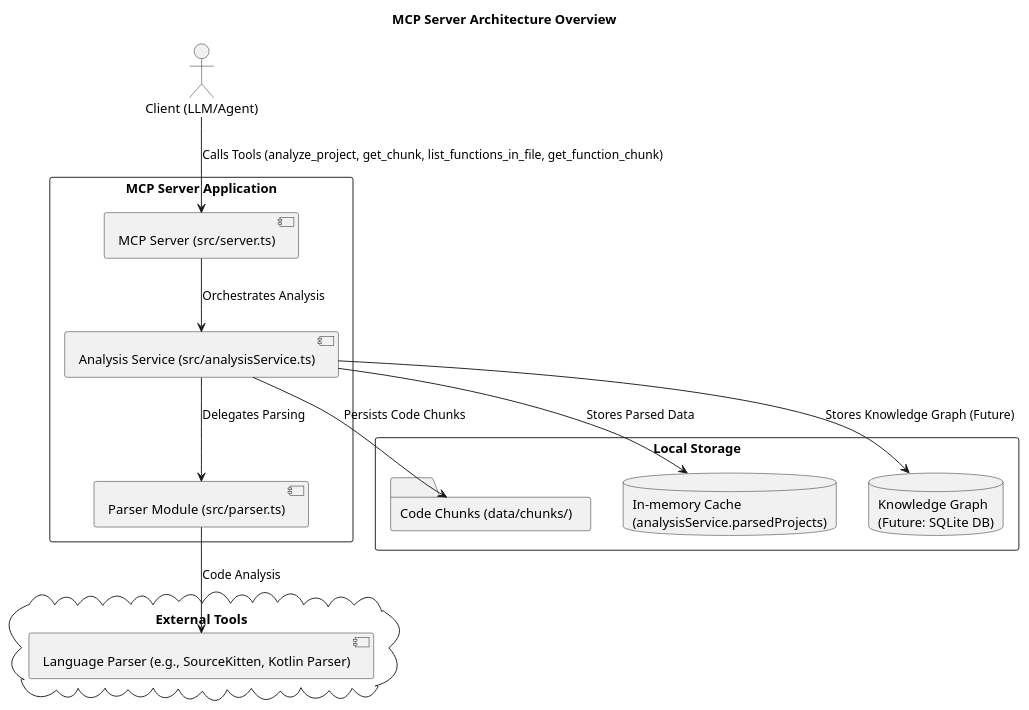
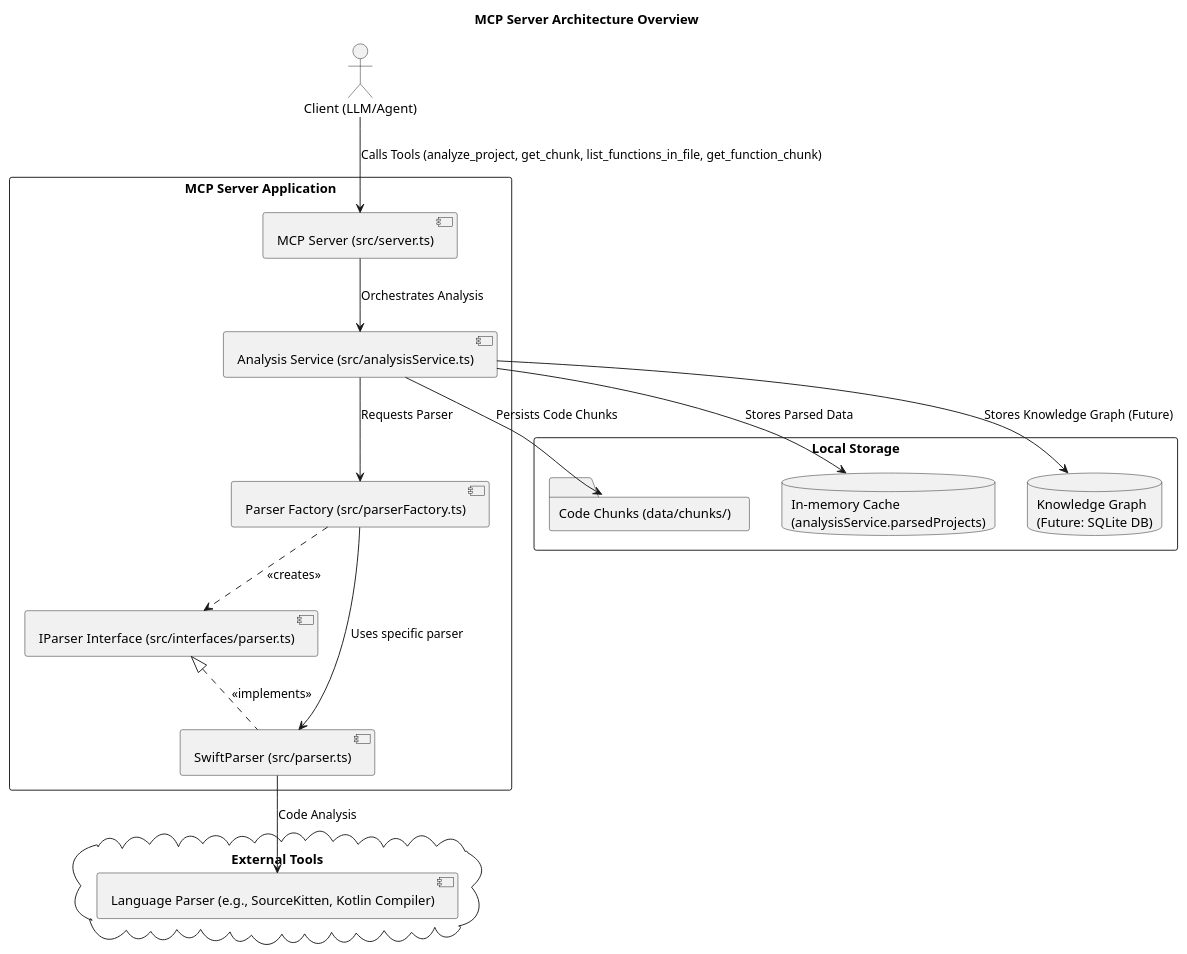
One commit to aoitan/project-analyzer-mcp changed the diagram in doc/architecture.md. Above: the diagram before and after it, drawn with PlantUML. The commit also changed other lines of this file and 4 other files, not shown here.

````diff
--- a/doc/architecture.md
+++ b/doc/architecture.md
@@ -16,38 +16,43 @@
 ```plantuml
 @startuml
 
 skinparam packageStyle rectangle
 skinparam classAttributeIconSize 0
 
 title MCP Server Architecture Overview
 
 actor "Client (LLM/Agent)" as Client
 
 package "MCP Server Application" {
   [MCP Server (src/server.ts)] as Server
   [Analysis Service (src/analysisService.ts)] as AnalysisService
-  [Parser Module (src/parser.ts)] as Parser
+  [Parser Factory (src/parserFactory.ts)] as ParserFactory
+  [IParser Interface (src/interfaces/parser.ts)] as IParser
+  [SwiftParser (src/parser.ts)] as SwiftParser
 }
 
 package "Local Storage" {
   folder "Code Chunks (data/chunks/)" as ChunksStorage
   database "In-memory Cache\n(analysisService.parsedProjects)" as InMemoryCache
   database "Knowledge Graph\n(Future: SQLite DB)" as KnowledgeGraph
 }
 
 cloud "External Tools" {
-  [Language Parser (e.g., SourceKitten, Kotlin Parser)] as LanguageParser
+  [Language Parser (e.g., SourceKitten, Kotlin Compiler)] as LanguageParser
 }
 
 Client --> Server : Calls Tools (analyze_project, get_chunk, list_functions_in_file, get_function_chunk)
 
 Server --> AnalysisService : Orchestrates Analysis
-AnalysisService --> Parser : Delegates Parsing
-Parser --> LanguageParser : Code Analysis
+AnalysisService --> ParserFactory : Requests Parser
+ParserFactory ..> IParser : <<creates>>
+SwiftParser .up.|> IParser : <<implements>>
+ParserFactory --> SwiftParser : Uses specific parser
+SwiftParser --> LanguageParser : Code Analysis
 
 AnalysisService --> ChunksStorage : Persists Code Chunks
 AnalysisService --> InMemoryCache : Stores Parsed Data
 AnalysisService --> KnowledgeGraph : Stores Knowledge Graph (Future)
 
 @enduml
 ```
````
